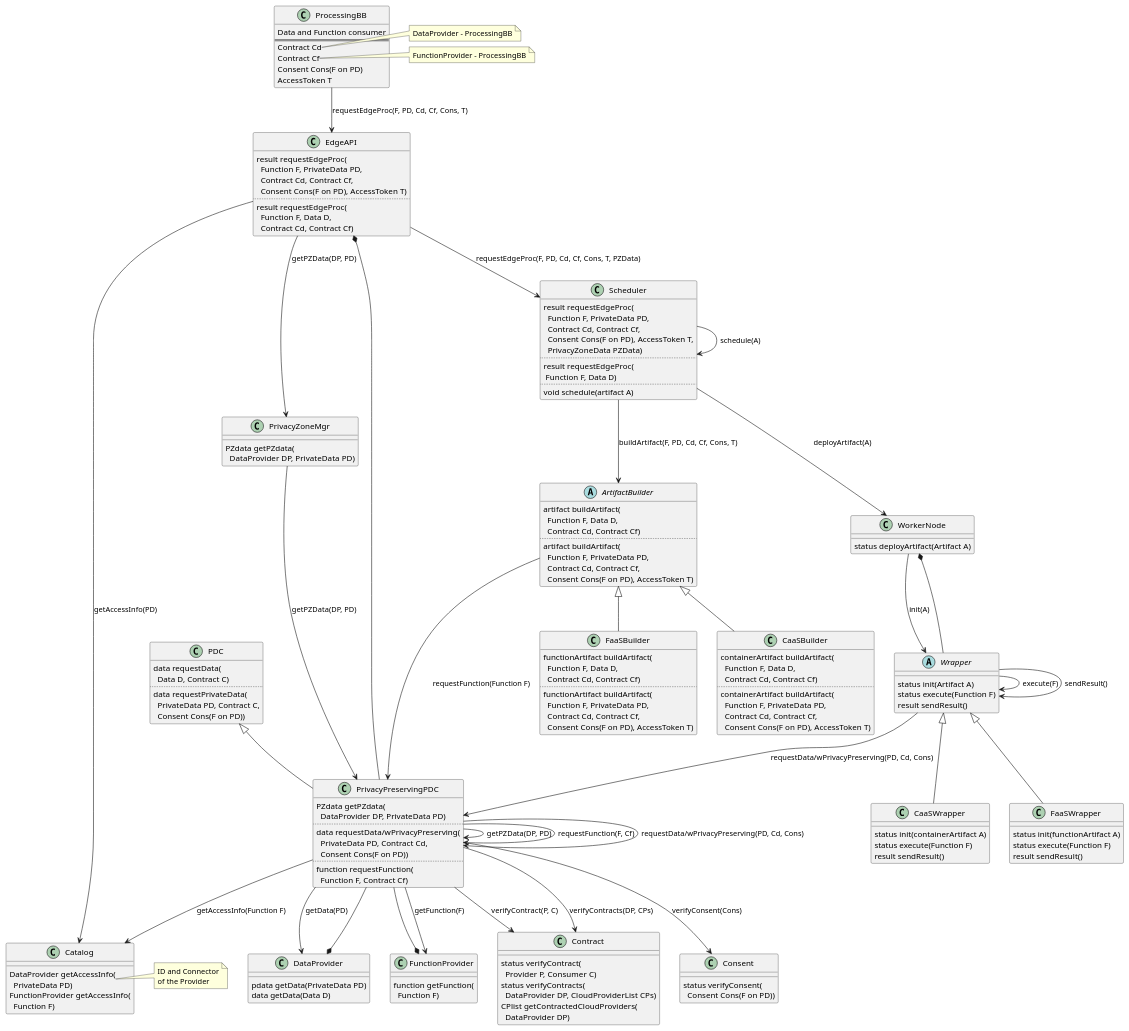
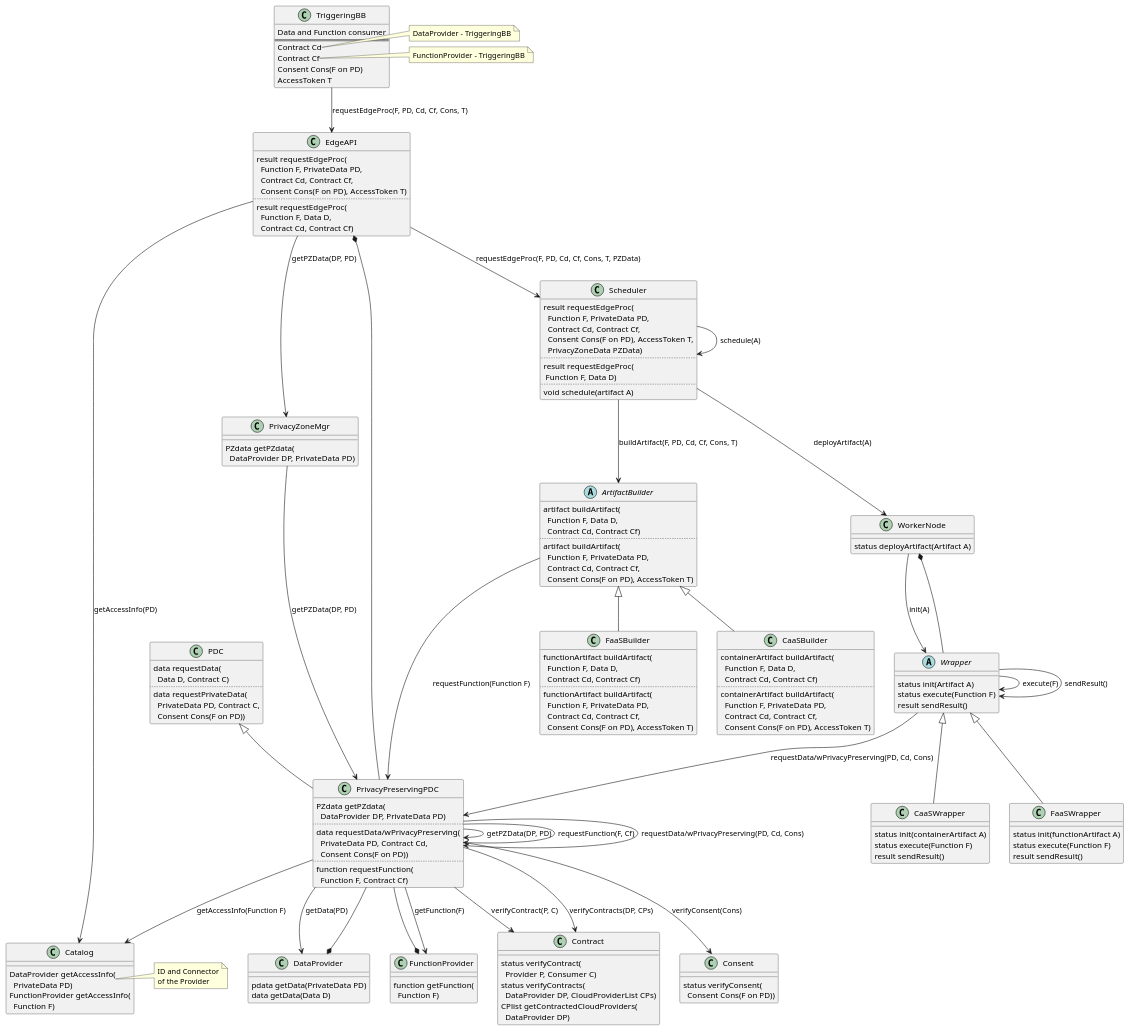
The diagram in docs/diagrams/edge-computing-bb-class-diag.puml (Prometheus-X-association/edge-computing), drawn with PlantUML before and after one commit. The commit also changed 4 other files, not shown here.

Commit message:
change ProcessingBB to TriggeringBB

```diff
--- a/docs/diagrams/edge-computing-bb-class-diag.puml
+++ b/docs/diagrams/edge-computing-bb-class-diag.puml
@@ -1,157 +1,157 @@
 @startuml
 
 class EdgeAPI {
     {method} result requestEdgeProc(\n  Function F, PrivateData PD,\n  Contract Cd, Contract Cf,\n  Consent Cons(F on PD), AccessToken T)
     ..
     {method} result requestEdgeProc(\n  Function F, Data D,\n  Contract Cd, Contract Cf)
 }
 class PrivacyZoneMgr {
     {method} PZdata getPZdata(\n  DataProvider DP, PrivateData PD)
 }
 class PDC {
     {method} data requestData(\n  Data D, Contract C)
     ..
     {method} data requestPrivateData(\n  PrivateData PD, Contract C,\n  Consent Cons(F on PD))
 }
 class PrivacyPreservingPDC {
     {method} PZdata getPZdata(\n  DataProvider DP, PrivateData PD)
     ..
     {method} data requestData/wPrivacyPreserving(\n  PrivateData PD, Contract Cd,\n  Consent Cons(F on PD))
     ..
     {method} function requestFunction(\n  Function F, Contract Cf)
 }
 class Catalog {
     {method} DataProvider getAccessInfo(\n  PrivateData PD)
     {method} FunctionProvider getAccessInfo(\n  Function F)
 }
 note right of Catalog::getAccessInfo {
     ID and Connector
     of the Provider
 }
 class Contract {
     {method} status verifyContract(\n  Provider P, Consumer C)
     {method} status verifyContracts(\n  DataProvider DP, CloudProviderList CPs)
     {method} CPlist getContractedCloudProviders(\n  DataProvider DP)
 }
 class Consent {
     {method} status verifyConsent(\n  Consent Cons(F on PD))
 }
 class DataProvider {
     {method} pdata getData(PrivateData PD)
     {method} data getData(Data D)
 }
 class FunctionProvider {
     {method} function getFunction(\n  Function F)
 }
-class ProcessingBB {
+class TriggeringBB {
     Data and Function consumer
     ==
     {field} Contract Cd
     {field} Contract Cf
     {field} Consent Cons(F on PD)
     {field} AccessToken T
 }
-note right of ProcessingBB::Cd {
-    DataProvider - ProcessingBB
+note right of TriggeringBB::Cd {
+    DataProvider - TriggeringBB
 }
-note right of ProcessingBB::Cf {
-    FunctionProvider - ProcessingBB
+note right of TriggeringBB::Cf {
+    FunctionProvider - TriggeringBB
 }
 
 class Scheduler {
     {method} result requestEdgeProc(\n  Function F, PrivateData PD,\n  Contract Cd, Contract Cf,\n  Consent Cons(F on PD), AccessToken T,\n  PrivacyZoneData PZData)
     ..
     {method} result requestEdgeProc(\n Function F, Data D)
     ..
     {method} void schedule(artifact A)
 }
 abstract class ArtifactBuilder {
     {method} artifact buildArtifact(\n  Function F, Data D,\n  Contract Cd, Contract Cf)
     ..
     {method} artifact buildArtifact(\n  Function F, PrivateData PD,\n  Contract Cd, Contract Cf,\n  Consent Cons(F on PD), AccessToken T)
 }
 class CaaSBuilder {
     {method} containerArtifact buildArtifact(\n  Function F, Data D,\n  Contract Cd, Contract Cf)
     ..
     {method} containerArtifact buildArtifact(\n  Function F, PrivateData PD,\n  Contract Cd, Contract Cf,\n  Consent Cons(F on PD), AccessToken T)
 }
 class FaaSBuilder {
     {method} functionArtifact buildArtifact(\n  Function F, Data D,\n  Contract Cd, Contract Cf)
     ..
     {method} functionArtifact buildArtifact(\n  Function F, PrivateData PD,\n  Contract Cd, Contract Cf,\n  Consent Cons(F on PD), AccessToken T)
 }
 abstract class Wrapper {
   {method} status init(Artifact A)
   {method} status execute(Function F)
   {method} result sendResult()
 }
 class CaaSWrapper {
   {method} status init(containerArtifact A)
   {method} status execute(Function F)
   {method} result sendResult()
 }
 class FaaSWrapper {
   {method} status init(functionArtifact A)
   {method} status execute(Function F)
   {method} result sendResult()
 }
 class WorkerNode {
   {method} status deployArtifact(Artifact A)
 }
 
 DataProvider *-- PrivacyPreservingPDC
 FunctionProvider *-- PrivacyPreservingPDC
 EdgeAPI *-- PrivacyPreservingPDC
 
 PDC <|-- PrivacyPreservingPDC
 
 ArtifactBuilder <|-- CaaSBuilder
 ArtifactBuilder <|-- FaaSBuilder
 Wrapper <|-- CaaSWrapper
 Wrapper <|-- FaaSWrapper
 
 WorkerNode *-- Wrapper
 
-ProcessingBB --> EdgeAPI : requestEdgeProc(F, PD, Cd, Cf, Cons, T)
+TriggeringBB --> EdgeAPI : requestEdgeProc(F, PD, Cd, Cf, Cons, T)
 EdgeAPI --> Catalog : getAccessInfo(PD)
 EdgeAPI --> PrivacyZoneMgr : getPZData(DP, PD)
 PrivacyZoneMgr --> PrivacyPreservingPDC : getPZData(DP, PD)
 PrivacyPreservingPDC --> PrivacyPreservingPDC : getPZData(DP, PD)
 
 EdgeAPI --> Scheduler : requestEdgeProc(F, PD, Cd, Cf, Cons, T, PZData)
 Scheduler --> ArtifactBuilder : buildArtifact(F, PD, Cd, Cf, Cons, T)
 ArtifactBuilder --> PrivacyPreservingPDC : requestFunction(Function F)
 PrivacyPreservingPDC --> Catalog : getAccessInfo(Function F)
 PrivacyPreservingPDC --> PrivacyPreservingPDC : requestFunction(F, Cf)
 
 Scheduler --> Scheduler : schedule(A)
 Scheduler --> WorkerNode : deployArtifact(A)
 WorkerNode --> Wrapper : init(A)
 Wrapper --> PrivacyPreservingPDC : requestData/wPrivacyPreserving(PD, Cd, Cons)
 PrivacyPreservingPDC --> PrivacyPreservingPDC : requestData/wPrivacyPreserving(PD, Cd, Cons)
 PrivacyPreservingPDC --> Contract : verifyContracts(DP, CPs)
 PrivacyPreservingPDC --> Contract : verifyContract(P, C)
 PrivacyPreservingPDC --> Consent : verifyConsent(Cons)
 PrivacyPreservingPDC --> DataProvider : getData(PD)
 PrivacyPreservingPDC --> FunctionProvider : getFunction(F)
 Wrapper --> Wrapper : execute(F)
 Wrapper --> Wrapper : sendResult()
 
 together {
     class PDC
     class PrivacyPreservingPDC
     class Catalog
     class Contract
     class Consent
 }
 
 together {
     class EdgeAPI
     class PrivacyZoneMgr
     class Scheduler
     abstract class Wrapper
 }
 
 DataProvider -[hidden]> FunctionProvider
 
 @enduml
```
